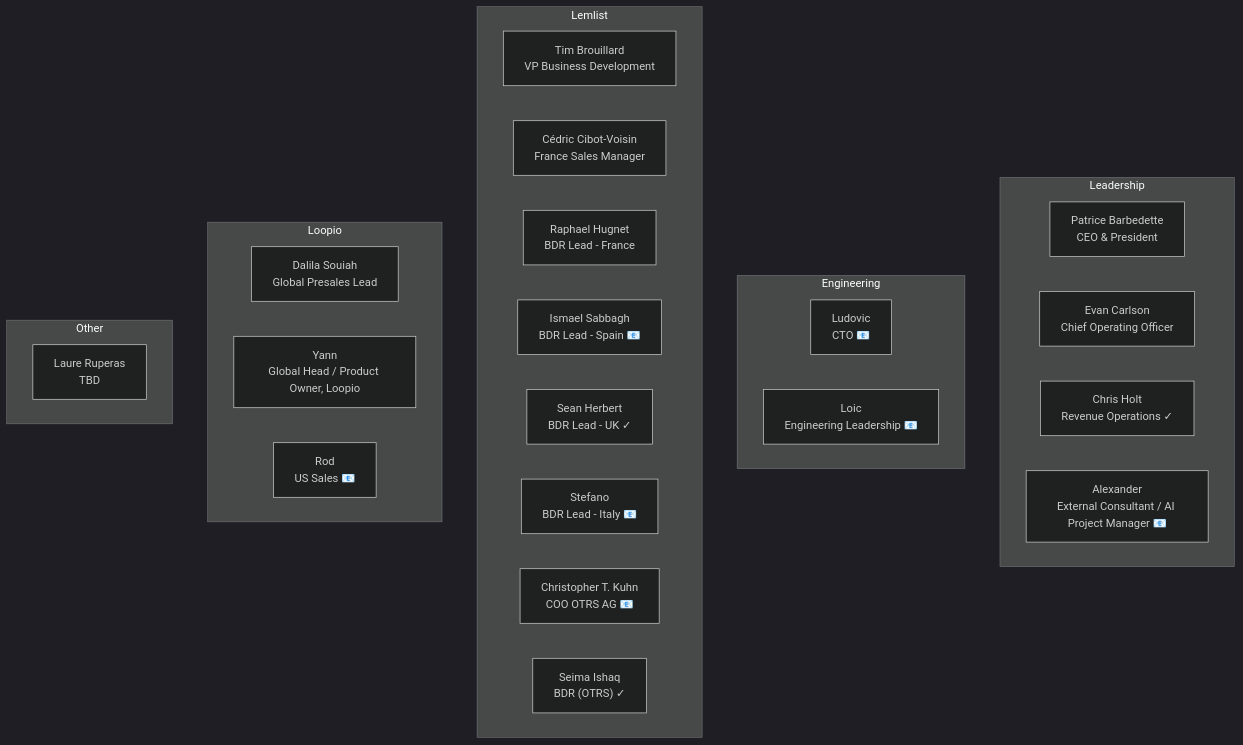
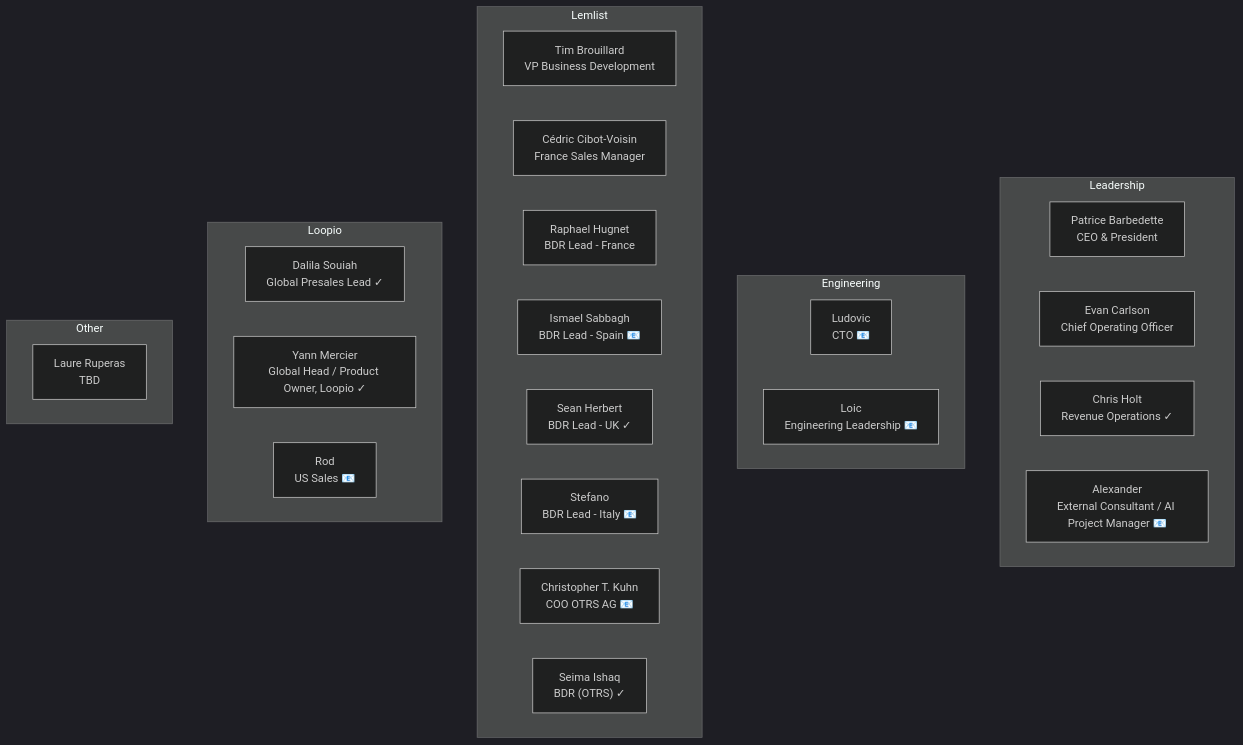
The diagram in easyvista-stakeholders.mermaid (pqsoccerboy17/client-timelines), drawn with Mermaid (dark theme) before and after one commit. The commit also changed 7 other files, not shown here.

````diff
--- a/easyvista-stakeholders.mermaid
+++ b/easyvista-stakeholders.mermaid
@@ -1,31 +1,31 @@
 ```mermaid
 flowchart TB
     subgraph Leadership
         Patrice_Barbedette["Patrice Barbedette<br/>CEO & President "]
         Evan_Carlson["Evan Carlson<br/>Chief Operating Officer "]
         Chris_Holt["Chris Holt<br/>Revenue Operations ✓"]
         Alexander["Alexander<br/>External Consultant / AI Project Manager 📧"]
     end
     subgraph Engineering
         Ludovic["Ludovic<br/>CTO 📧"]
         Loic["Loic<br/>Engineering Leadership 📧"]
     end
     subgraph Lemlist
         Tim_Brouillard["Tim Brouillard<br/>VP Business Development "]
         Cédric_Cibot-Voisin["Cédric Cibot-Voisin<br/>France Sales Manager "]
         Raphael_Hugnet["Raphael Hugnet<br/>BDR Lead - France "]
         Ismael_Sabbagh["Ismael Sabbagh<br/>BDR Lead - Spain 📧"]
         Sean_Herbert["Sean Herbert<br/>BDR Lead - UK ✓"]
         Stefano["Stefano<br/>BDR Lead - Italy 📧"]
         Christopher_T._Kuhn["Christopher T. Kuhn<br/>COO OTRS AG 📧"]
         Seima_Ishaq["Seima Ishaq<br/>BDR (OTRS) ✓"]
     end
     subgraph Loopio
-        Dalila_Souiah["Dalila Souiah<br/>Global Presales Lead "]
-        Yann["Yann<br/>Global Head / Product Owner, Loopio "]
+        Dalila_Souiah["Dalila Souiah<br/>Global Presales Lead ✓"]
+        Yann_Mercier["Yann Mercier<br/>Global Head / Product Owner, Loopio ✓"]
         Rod["Rod<br/>US Sales 📧"]
     end
     subgraph Other
         Laure_Ruperas["Laure Ruperas<br/>TBD "]
     end
 ```
````
